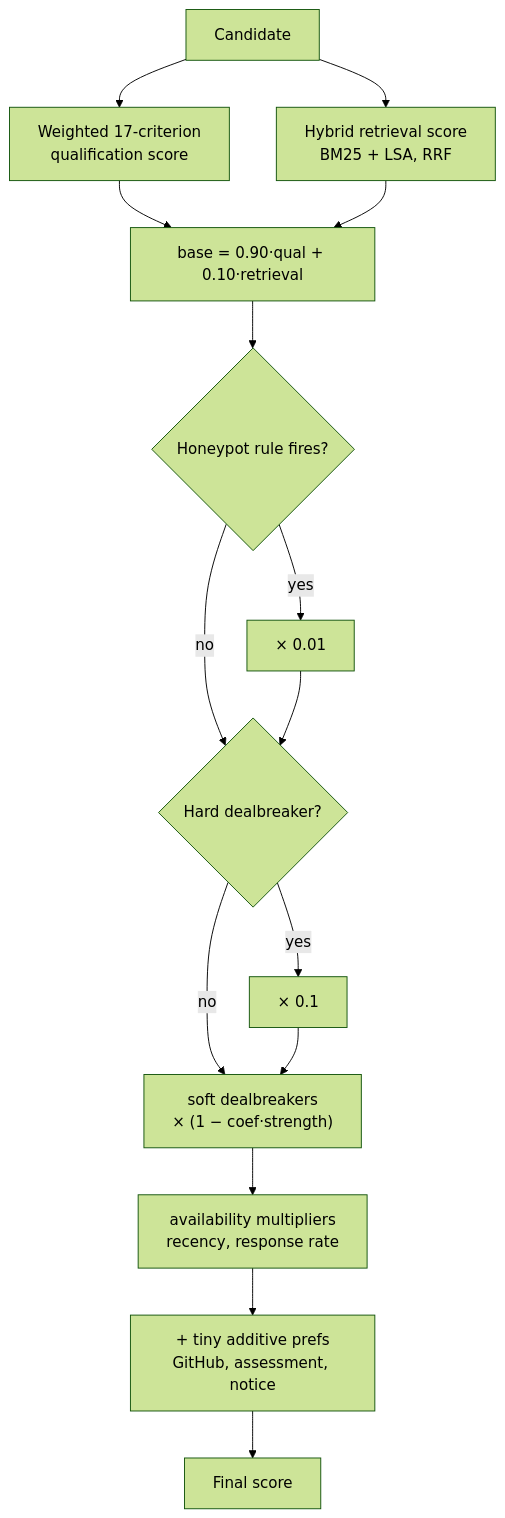
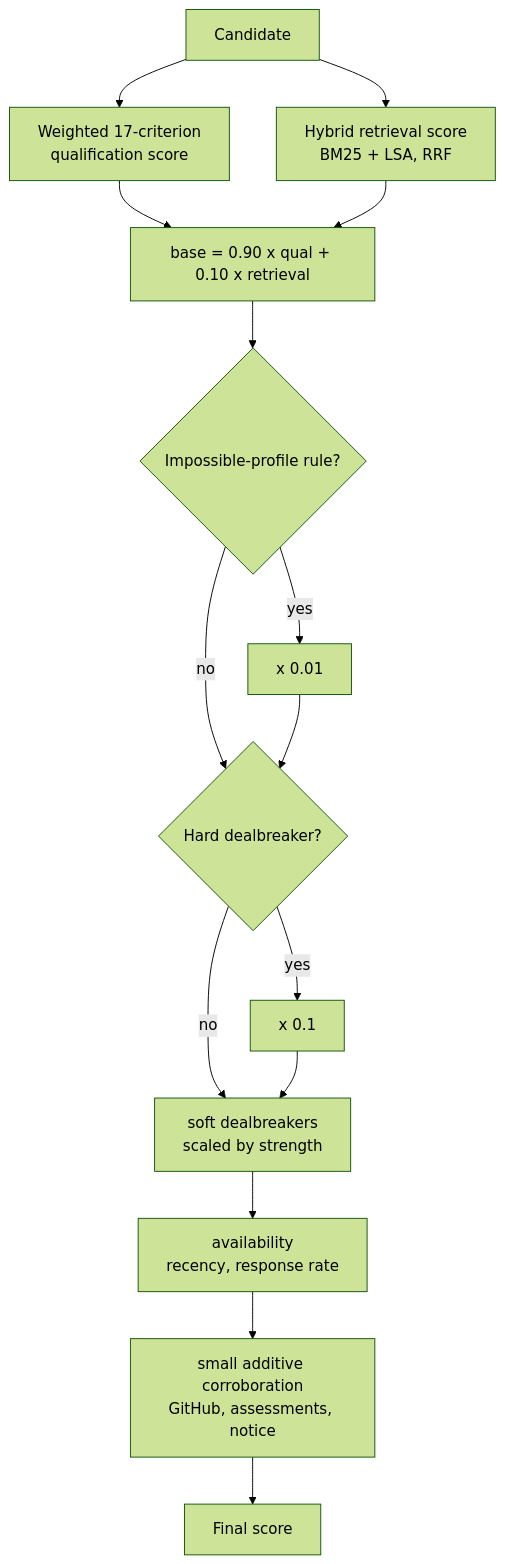
The second of 2 diagrams in README.md (saanviv812/redrob_indiaruns_stardustteam), drawn with Mermaid (forest theme) before and after one commit. The commit also changed other lines of this file, not shown here.

````diff
--- a/README.md
+++ b/README.md
@@ -105,17 +105,17 @@
 ```mermaid
 flowchart TD
   C[Candidate] --> Q[Weighted 17-criterion<br/>qualification score]
   C --> RT[Hybrid retrieval score<br/>BM25 + LSA, RRF]
-  Q --> BL["base = 0.90·qual + 0.10·retrieval"]
+  Q --> BL["base = 0.90 x qual + 0.10 x retrieval"]
   RT --> BL
-  BL --> HP{Honeypot rule fires?}
-  HP -- yes --> M001[× 0.01]
+  BL --> HP{Impossible-profile rule?}
+  HP -- yes --> M001[x 0.01]
   HP -- no --> DB{Hard dealbreaker?}
   M001 --> DB
-  DB -- yes --> M01[× 0.1]
-  DB -- no --> SD["soft dealbreakers<br/>× (1 − coef·strength)"]
+  DB -- yes --> M01[x 0.1]
+  DB -- no --> SD["soft dealbreakers<br/>scaled by strength"]
   M01 --> SD
-  SD --> AV[availability multipliers<br/>recency, response rate]
-  AV --> PR[+ tiny additive prefs<br/>GitHub, assessment, notice]
+  SD --> AV[availability<br/>recency, response rate]
+  AV --> PR[small additive corroboration<br/>GitHub, assessments, notice]
   PR --> F[Final score]
 ```
````
